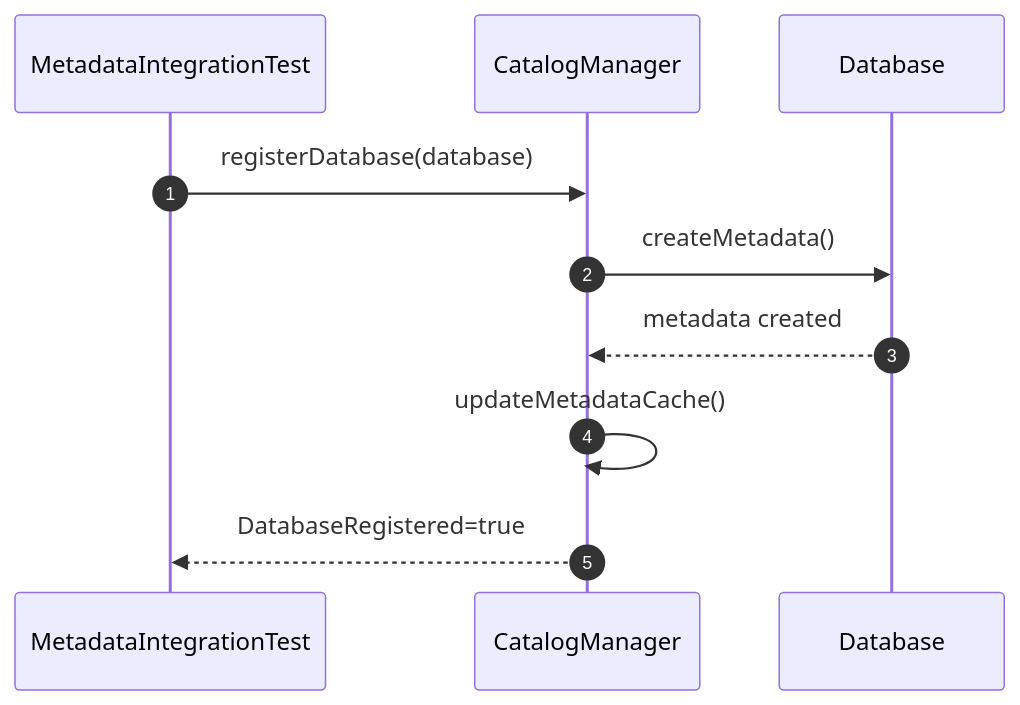
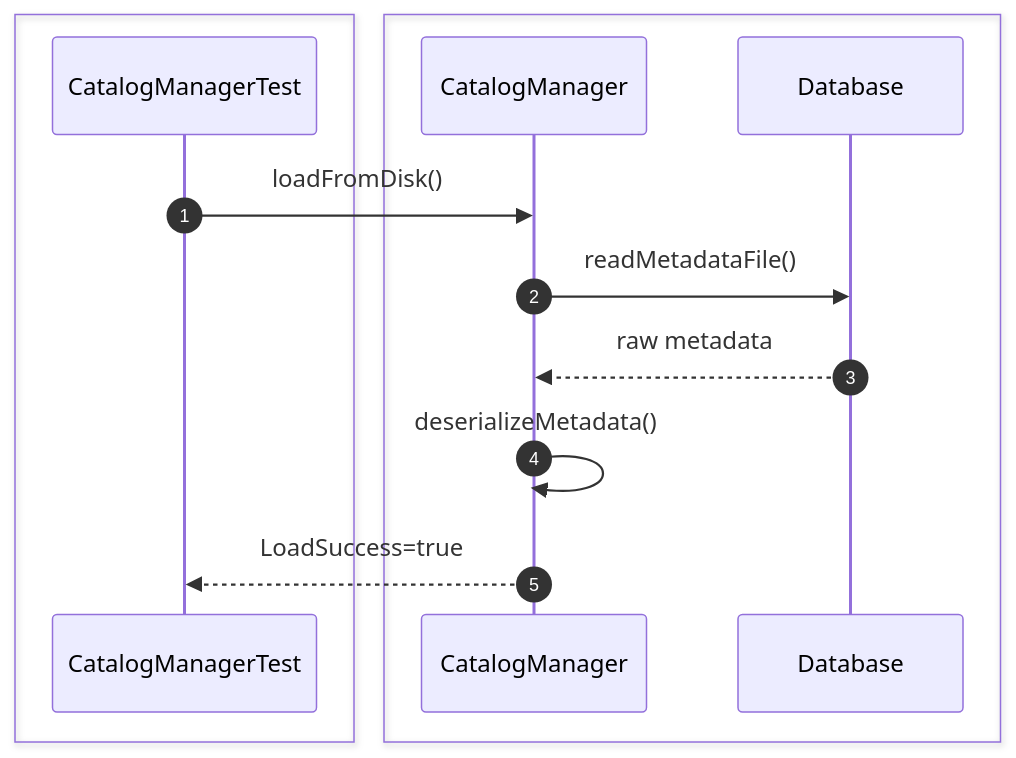
One commit to Huy1801214/dbms-architecture changed diagram 11 of 28 in src/sequence/catalog.md. Above: the diagram before and after it, drawn with Mermaid. The commit also changed other lines of this file and 10 other files, not shown here.

Commit message:
add comprehensive sequence diagrams and documentation for system architecture and unit testing specifications

````diff
--- a/src/sequence/catalog.md
+++ b/src/sequence/catalog.md
@@ -96,17 +236,21 @@
 ```mermaid
 sequenceDiagram
     autonumber
-    participant Test as MetadataIntegrationTest
+    box #e1f5fe Test Suite
+    participant Test as CatalogManagerTest
+    end
+    box #e8f5e9 Catalog Objects
     participant Catalog as CatalogManager
     participant DB as Database
+    end
 
-    Test->>Catalog: registerDatabase(database)
+    Test->>Catalog: loadFromDisk()
 
-    Catalog->>DB: createMetadata()
+    Catalog->>DB: readMetadataFile()
 
-    DB-->>Catalog: metadata created
+    DB-->>Catalog: raw metadata
 
-    Catalog->>Catalog: updateMetadataCache()
+    Catalog->>Catalog: deserializeMetadata()
 
-    Catalog-->>Test: DatabaseRegistered=true
+    Catalog-->>Test: LoadSuccess=true
 ```
````
